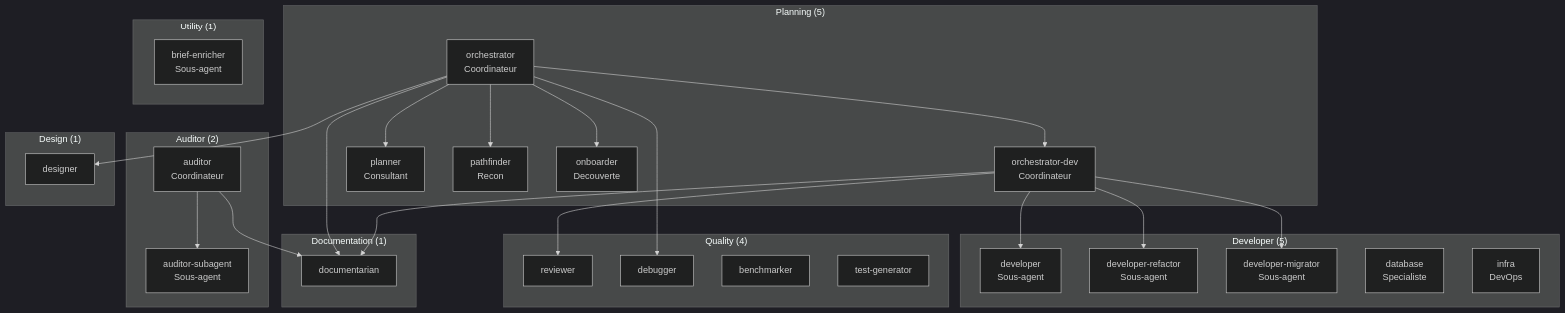
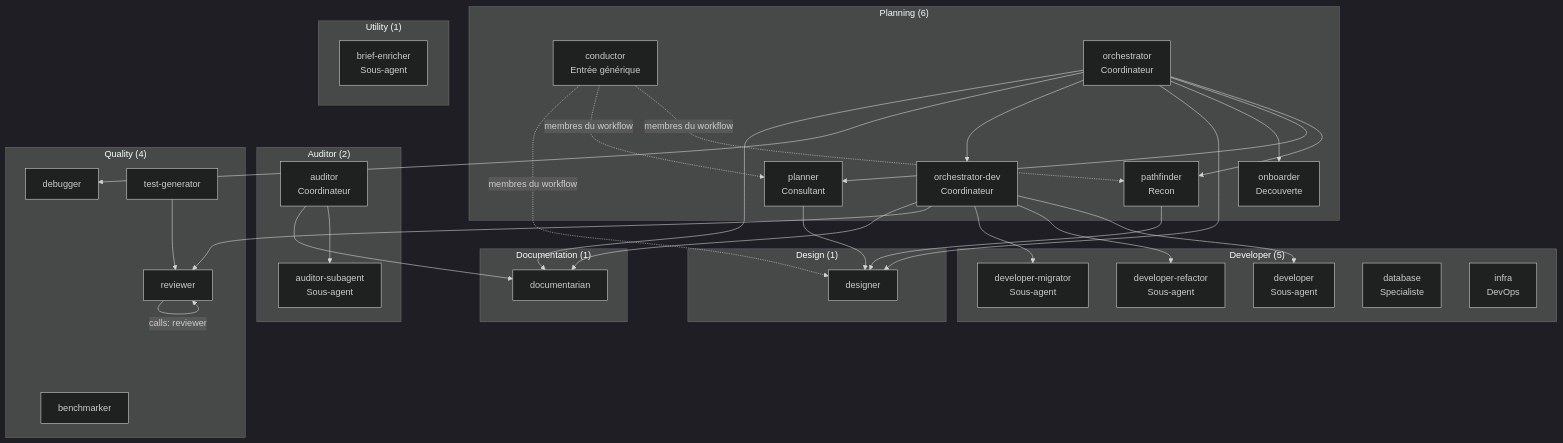
The diagram in docs/architecture/agents.fr.md (datichb/openhub), drawn with Mermaid (dark theme) before and after one commit. The commit also changed other lines of this file and 11 other files, not shown here.

Commit message:
docs(architecture): vue d'ensemble v5 (workflow → paquet → serveur de groupe → session, démon, proxy, passerelles, monde fermé, ADR 038–048), agents (20, conductor), skills (livraison par le paquet, inventaire refait), délégation, wiki vivant, todo ; lien de langue en ligne 1 (v5 finalisation, DOC2)

````diff
--- a/docs/architecture/agents.fr.md
+++ b/docs/architecture/agents.fr.md
@@ -11,39 +44,45 @@
 ```mermaid
 flowchart TD
-    subgraph PL ["Planning (5)"]
+    subgraph PL ["Planning (6)"]
+        COND["conductor<br/>Entrée générique"]
         ORCH["orchestrator<br/>Coordinateur"]
         ORCHDEV["orchestrator-dev<br/>Coordinateur"]
         PLAN["planner<br/>Consultant"]
         PATH["pathfinder<br/>Recon"]
         ONB["onboarder<br/>Decouverte"]
     end
     subgraph DV ["Developer (5)"]
         DEV["developer<br/>Sous-agent"]
         DEVR["developer-refactor<br/>Sous-agent"]
         DEVM["developer-migrator<br/>Sous-agent"]
         DB["database<br/>Specialiste"]
         INFRA["infra<br/>DevOps"]
     end
     subgraph AU ["Auditor (2)"]
         AUD["auditor<br/>Coordinateur"]
         AUDS["auditor-subagent<br/>Sous-agent"]
     end
     subgraph QU ["Quality (4)"]
         REV["reviewer"]
         DBG["debugger"]
         BENCH["benchmarker"]
         TEST["test-generator"]
     end
     subgraph DS ["Design (1)"]
         DES["designer"]
     end
     subgraph DC ["Documentation (1)"]
         DOC["documentarian"]
     end
     subgraph UT ["Utility (1)"]
         BRF["brief-enricher<br/>Sous-agent"]
     end
+    COND -.->|membres du workflow| PATH & PLAN & DES
     ORCH --> PATH & PLAN & ONB & DES & ORCHDEV & DBG & DOC
     ORCHDEV --> DEV & DEVR & DEVM & REV & DOC
+    PLAN --> DES
+    PATH --> DES
     AUD --> AUDS & DOC
+    TEST --> REV
+    REV -->|calls: reviewer| REV
 ```
````
